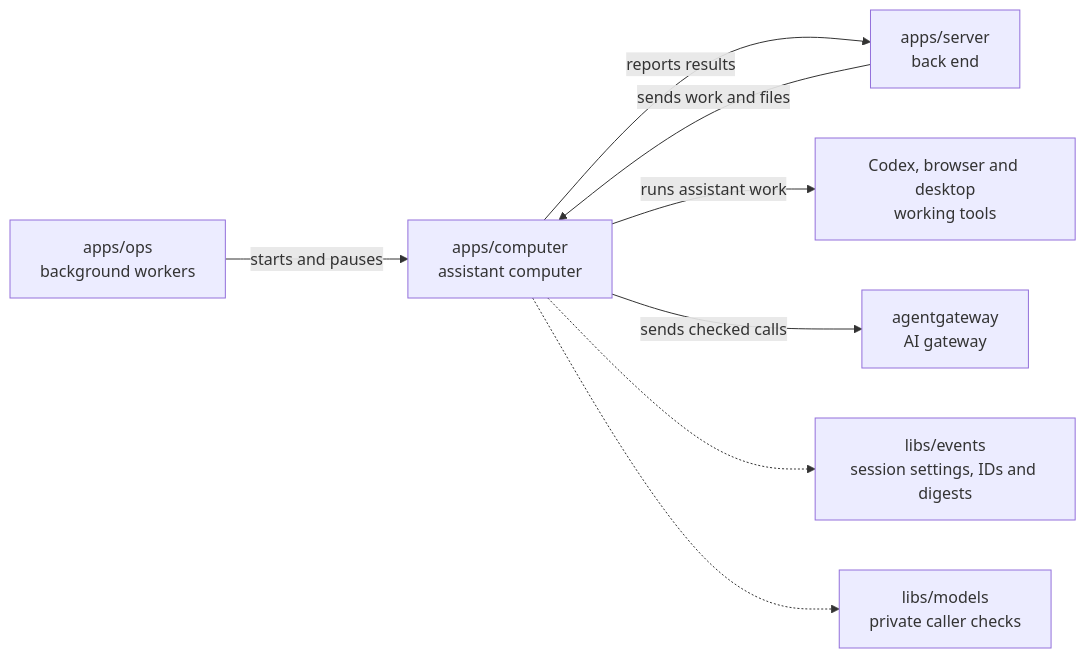
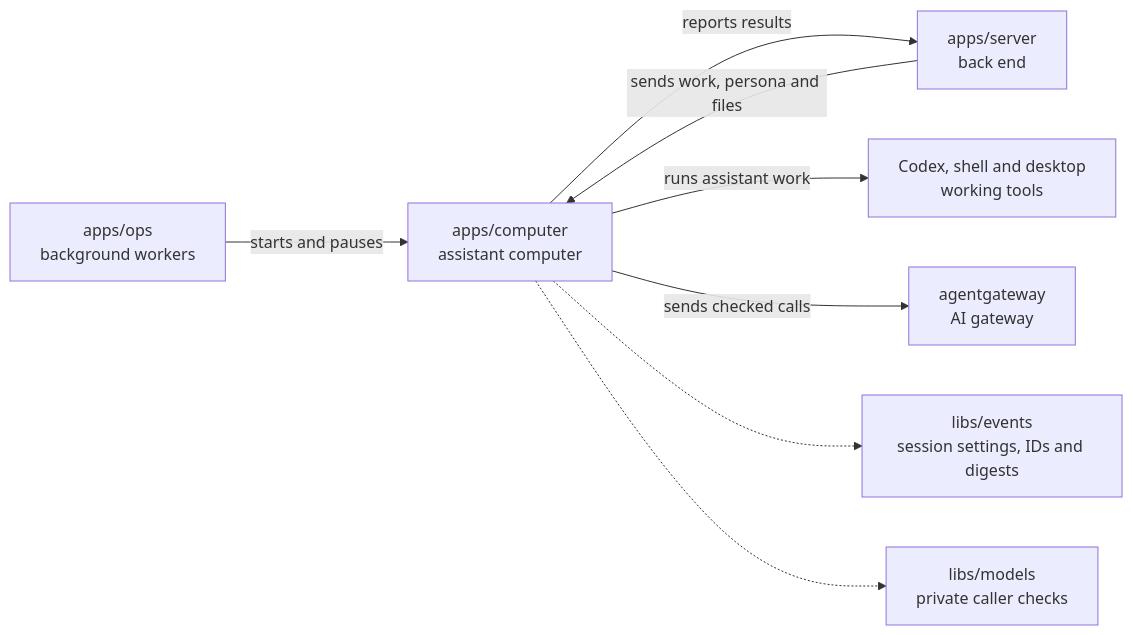
The diagram in apps/computer/README.md (elewa-git/opencrane-new), drawn with Mermaid before and after one commit. The commit also changed other lines of this file and 104 other files, not shown here.

````diff
--- a/apps/computer/README.md
+++ b/apps/computer/README.md
@@ -18,10 +20,10 @@
 ```mermaid
 flowchart LR
   ops["apps/ops<br/>background workers"] -->|starts and pauses| computer["apps/computer<br/>assistant computer"]
-  server["apps/server<br/>back end"] -->|sends work and files| computer
+  server["apps/server<br/>back end"] -->|sends work, persona and files| computer
   computer -->|reports results| server
-  computer -->|runs assistant work| desktop["Codex, browser and desktop<br/>working tools"]
+  computer -->|runs assistant work| desktop["Codex, shell and desktop<br/>working tools"]
   computer -->|sends checked calls| gateway["agentgateway<br/>AI gateway"]
   computer -.-> events["libs/events<br/>session settings, IDs and digests"]
   computer -.-> models["libs/models<br/>private caller checks"]
 ```
````
